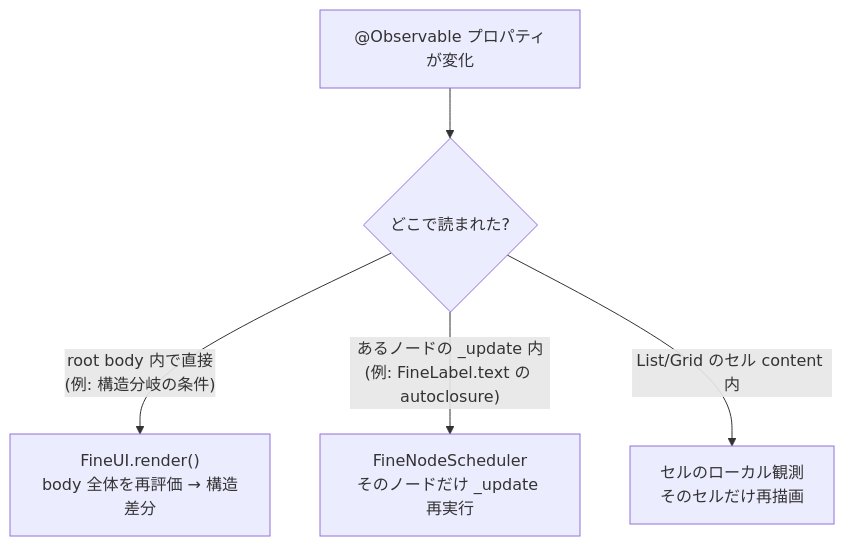
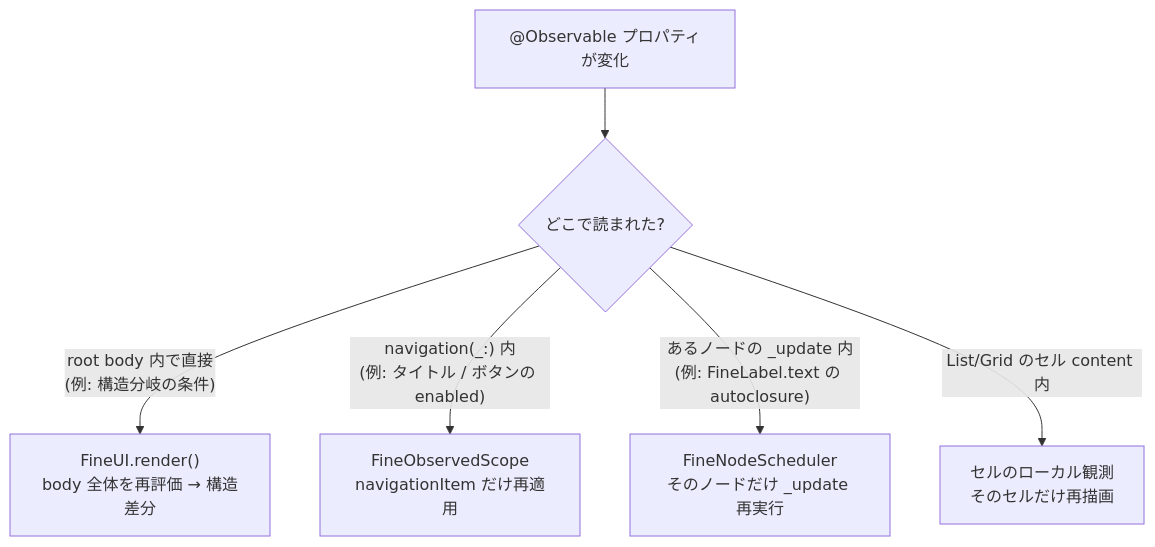
Before and after one commit to yuta24/FineUIKit: the fourth of 6 diagrams in docs/architecture.md, drawn with Mermaid. The commit also changed other lines of this file and 15 other files, not shown here.

First line of the commit message:
Separate the navigation scope, skip unchanged rows, pause hidden trees

````diff
--- a/docs/architecture.md
+++ b/docs/architecture.md
@@ -283,7 +286,8 @@
 ```mermaid
 flowchart TD
     Change["@Observable プロパティが変化"] --> Where{"どこで読まれた?"}
     Where -->|"root body 内で直接<br/>(例: 構造分岐の条件)"| Root["FineUI.render()<br/>body 全体を再評価 → 構造差分"]
+    Where -->|"navigation(_:) 内<br/>(例: タイトル / ボタンの enabled)"| Nav["FineObservedScope<br/>navigationItem だけ再適用"]
     Where -->|"あるノードの _update 内<br/>(例: FineLabel.text の autoclosure)"| Node["FineNodeScheduler<br/>そのノードだけ _update 再実行"]
     Where -->|"List/Grid のセル content 内"| Cell["セルのローカル観測<br/>そのセルだけ再描画"]
 ```
````
